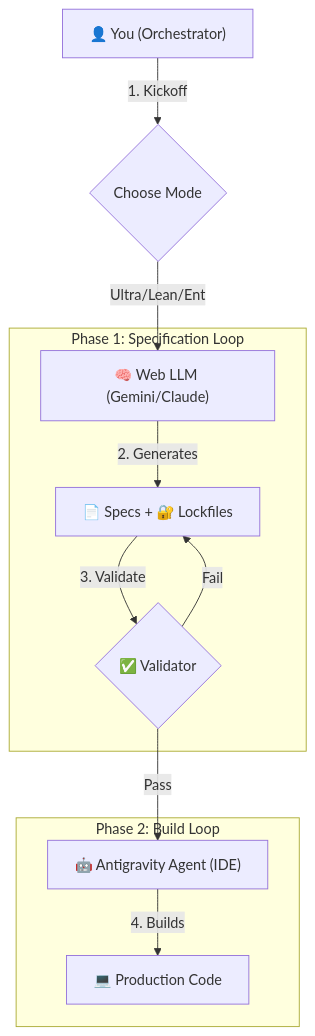
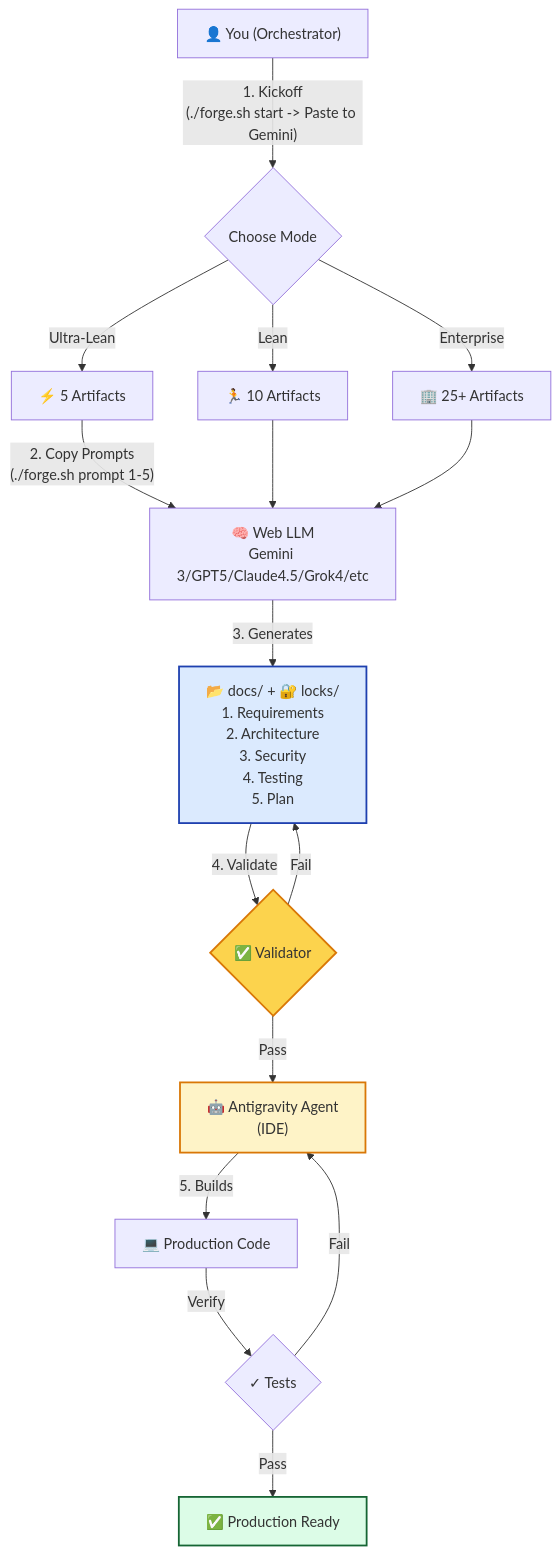
One commit to richfrem/quantum-diamond-forge changed the diagram in README.md. Above: the diagram before and after it, drawn with Mermaid. The commit also changed 1 other file, not shown here.

Commit message:
docs: update README and GUIDE with latest v2.2 diagrams

````diff
--- a/README.md
+++ b/README.md
@@ -59,21 +59,23 @@
 ```mermaid
-graph TD
-    User["👤 You (Orchestrator)"] -->|1. Kickoff| Mode{Choose Mode}
-    Mode -->|Ultra/Lean/Ent| WebLLM["🧠 Web LLM (Gemini/Claude)"]
-    WebLLM -->|2. Generates| Specs["📄 Specs + 🔐 Lockfiles"]
-    Specs -->|3. Validate| Gate{✅ Validator}
-    Gate -->|Pass| Agent["🤖 Antigravity Agent (IDE)"]
-    Gate -->|Fail| Specs
-    Agent -->|4. Builds| Code["💻 Production Code"]
-    
-    subgraph "Phase 1: Specification Loop"
-    WebLLM
-    Specs
-    Gate
-    end
-    
-    subgraph "Phase 2: Build Loop"
-    Agent
-    Code
-    end
+flowchart TB
+    User["👤 You (Orchestrator)"] -- "1. Kickoff<br/>(./forge.sh start -> Paste to Gemini)" --> Mode{"Choose Mode"}
+    Mode -- "Ultra-Lean" --> Ultra["⚡ 5 Artifacts"]
+    Mode -- Lean --> Lean["🏃 10 Artifacts"]
+    Mode -- Enterprise --> Ent["🏢 25+ Artifacts"]
+    Ultra -- "2. Copy Prompts<br/>(./forge.sh prompt 1-5)" --> WebAI["🧠 Web LLM<br>Gemini 3/GPT5/Claude4.5/Grok4/etc"]
+    Lean --> WebAI
+    Ent --> WebAI
+    WebAI -- "3. Generates" --> Docs["📂 docs/ + 🔐 locks/<br>1. Requirements<br>2. Architecture<br>3. Security<br>4. Testing<br>5. Plan"]
+    Docs -- "4. Validate" --> Gate{"✅ Validator"}
+    Gate -- Pass --> Agent["🤖 Antigravity Agent<br>(IDE)"]
+    Gate -- Fail --> Docs
+    Agent -- "5. Builds" --> Code["💻 Production Code"]
+    Code -- Verify --> Tests{"✓ Tests"}
+    Tests -- Pass --> Done["✅ Production Ready"]
+    Tests -- Fail --> Agent
+
+    style Docs fill:#dbeafe,stroke:#1e40af,stroke-width:2px
+    style Gate fill:#fcd34d,stroke:#d97706,stroke-width:2px
+    style Agent fill:#fef3c7,stroke:#d97706,stroke-width:2px
+    style Done fill:#dcfce7,stroke:#166534,stroke-width:2px
 ```
````
